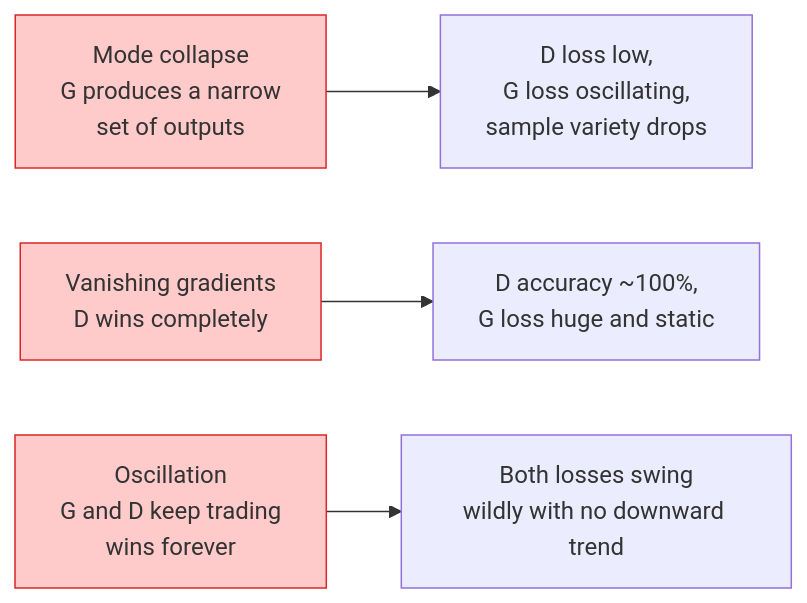
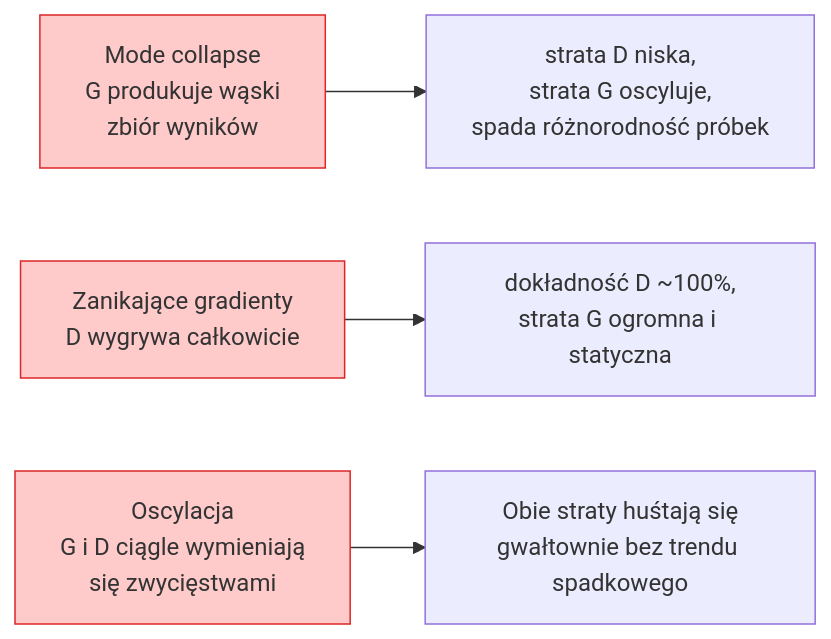
One commit to hublorx/ai-engineering-from-scratch changed the second of 2 diagrams in phases/04-computer-vision/09-image-generation-gans/docs/en.md. Above: the diagram before and after it, drawn with Mermaid. The commit also changed other lines of this file and 27 other files, not shown here.

````diff
--- a/phases/04-computer-vision/09-image-generation-gans/docs/en.md
+++ b/phases/04-computer-vision/09-image-generation-gans/docs/en.md
@@ -81,10 +81,10 @@
 ```mermaid
 flowchart LR
-    M1["Mode collapse<br/>G produces a narrow<br/>set of outputs"] --> S1["D loss low,<br/>G loss oscillating,<br/>sample variety drops"]
-    M2["Vanishing gradients<br/>D wins completely"] --> S2["D accuracy ~100%,<br/>G loss huge and static"]
-    M3["Oscillation<br/>G and D keep trading<br/>wins forever"] --> S3["Both losses swing<br/>wildly with no downward trend"]
+    M1["Mode collapse<br/>G produkuje wąski<br/>zbiór wyników"] --> S1[" strata D niska,<br/>strata G oscyluje,<br/>spada różnorodność próbek"]
+    M2["Zanikające gradienty<br/>D wygrywa całkowicie"] --> S2["dokładność D ~100%,<br/>strata G ogromna i statyczna"]
+    M3["Oscylacja<br/>G i D ciągle wymieniają<br/>się zwycięstwami"] --> S3["Obie straty huśtają się<br/>gwałtownie bez trendu spadkowego"]
 
     style M1 fill:#fecaca,stroke:#dc2626
     style M2 fill:#fecaca,stroke:#dc2626
     style M3 fill:#fecaca,stroke:#dc2626
 ```
````
